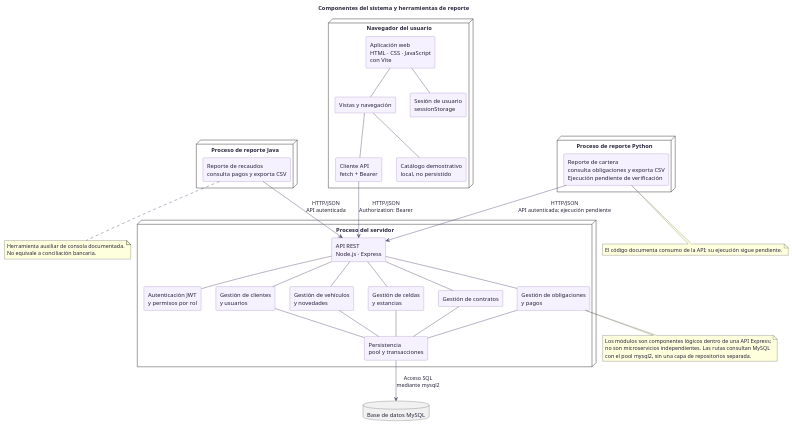
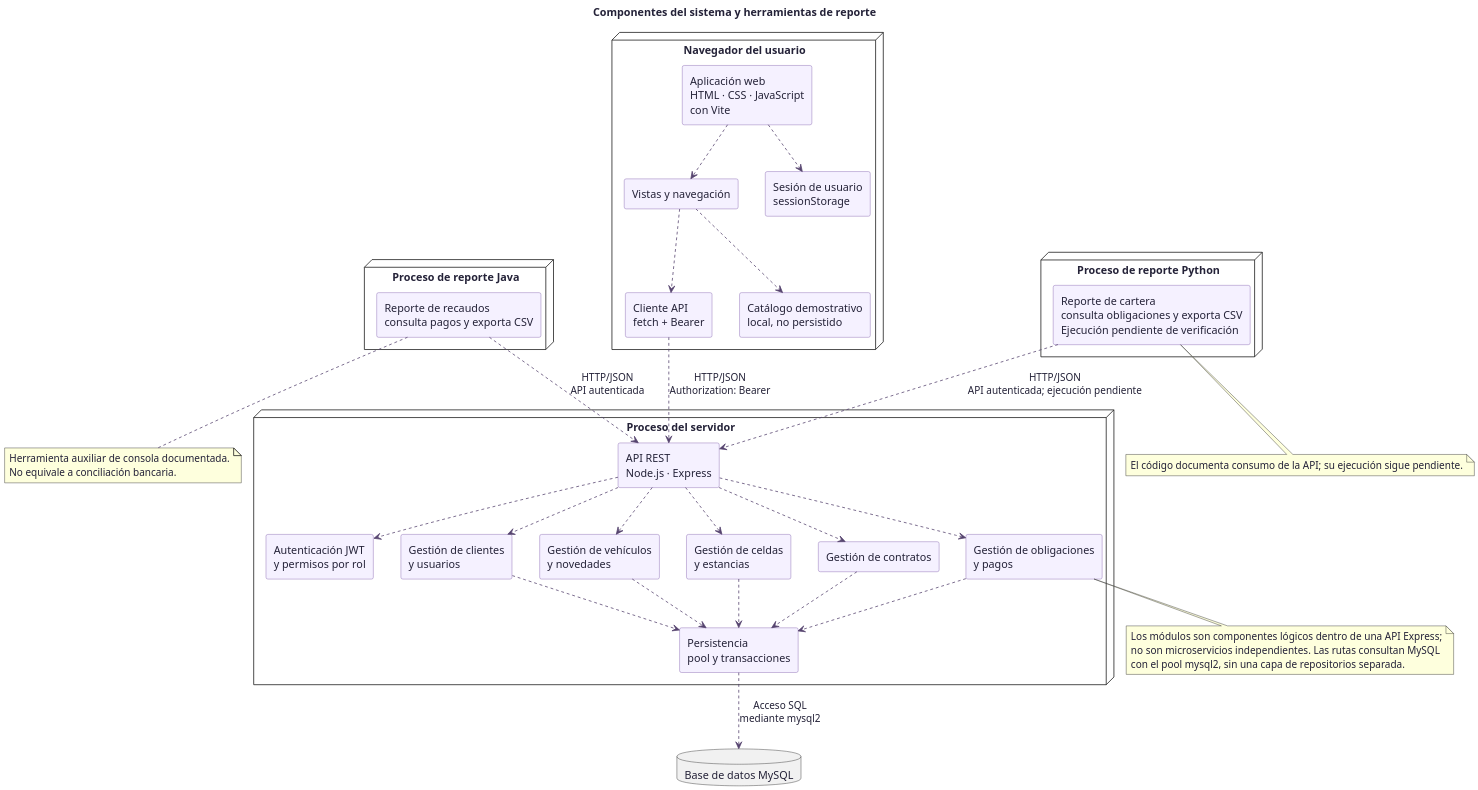
The diagram in full stack/docs/entrega-iteracion-3/diagramas/modelos-editables/componentes-tres-iteraciones.puml (brayandurango-lgtm/Disenio-de-sistema-de-informacion-iteracion-tres), drawn with PlantUML before and after one commit. The commit also changed 11 other files, not shown here.

Commit message:
Elaboracion de los cuatro diagramas estilo starUML

```diff
--- a/full stack/docs/entrega-iteracion-3/diagramas/modelos-editables/componentes-tres-iteraciones.puml
+++ b/full stack/docs/entrega-iteracion-3/diagramas/modelos-editables/componentes-tres-iteraciones.puml
@@ -1,74 +1,75 @@
 @startuml
 skinparam backgroundColor #FFFFFF
 skinparam defaultFontColor #242238
 skinparam shadowing false
+ skinparam dpi 180
 skinparam componentStyle rectangle
 skinparam packageStyle rectangle
 skinparam component {
   BackgroundColor #F5F1FF
   BorderColor #7653A6
   ArrowColor #55436F
 }
 title Componentes del sistema y herramientas de reporte
 
 node "Navegador del usuario" as Browser {
   component "Aplicación web\nHTML · CSS · JavaScript\ncon Vite" as Front
   component "Vistas y navegación" as Views
   component "Cliente API\nfetch + Bearer" as ApiClient
   component "Sesión de usuario\nsessionStorage" as Session
   component "Catálogo demostrativo\nlocal, no persistido" as Demo
-  Front -- Views
-  Views -- ApiClient
-  Front -- Session
-  Views -- Demo
+  Front ..> Views
+  Views ..> ApiClient
+  Front ..> Session
+  Views ..> Demo
 }
 
 node "Proceso del servidor" as Server {
   component "API REST\nNode.js · Express" as Express
   component "Autenticación JWT\ny permisos por rol" as Auth
   component "Gestión de clientes\ny usuarios" as People
   component "Gestión de vehículos\ny novedades" as Cars
   component "Gestión de celdas\ny estancias" as Stays
   component "Gestión de contratos" as Contracts
   component "Gestión de obligaciones\ny pagos" as Payments
   component "Persistencia\npool y transacciones" as Persistence
-  Express -- Auth
-  Express -- People
-  Express -- Cars
-  Express -- Stays
-  Express -- Contracts
-  Express -- Payments
-  People -- Persistence
-  Cars -- Persistence
-  Stays -- Persistence
-  Contracts -- Persistence
-  Payments -- Persistence
+  Express ..> Auth
+  Express ..> People
+  Express ..> Cars
+  Express ..> Stays
+  Express ..> Contracts
+  Express ..> Payments
+  People ..> Persistence
+  Cars ..> Persistence
+  Stays ..> Persistence
+  Contracts ..> Persistence
+  Payments ..> Persistence
 }
 
 database "Base de datos MySQL" as MySQL
 
 node "Proceso de reporte Java" as JavaProcess {
   component "Reporte de recaudos\nconsulta pagos y exporta CSV" as JavaReport
 }
 node "Proceso de reporte Python" as PythonProcess {
   component "Reporte de cartera\nconsulta obligaciones y exporta CSV\nEjecución pendiente de verificación" as PythonReport
 }
 
-ApiClient --> Express : HTTP/JSON\nAuthorization: Bearer
-Persistence --> MySQL : Acceso SQL\nmediante mysql2
-JavaReport --> Express : HTTP/JSON\nAPI autenticada
-PythonReport --> Express : HTTP/JSON\nAPI autenticada; ejecución pendiente
+ApiClient ..> Express : HTTP/JSON\nAuthorization: Bearer
+Persistence ..> MySQL : Acceso SQL\nmediante mysql2
+JavaReport ..> Express : HTTP/JSON\nAPI autenticada
+PythonReport ..> Express : HTTP/JSON\nAPI autenticada; ejecución pendiente
 
 note bottom of Payments
 Los módulos son componentes lógicos dentro de una API Express;
 no son microservicios independientes. Las rutas consultan MySQL
 con el pool mysql2, sin una capa de repositorios separada.
 end note
 note bottom of JavaReport
 Herramienta auxiliar de consola documentada.
 No equivale a conciliación bancaria.
 end note
 note bottom of PythonReport
 El código documenta consumo de la API; su ejecución sigue pendiente.
 end note
 @enduml
```
